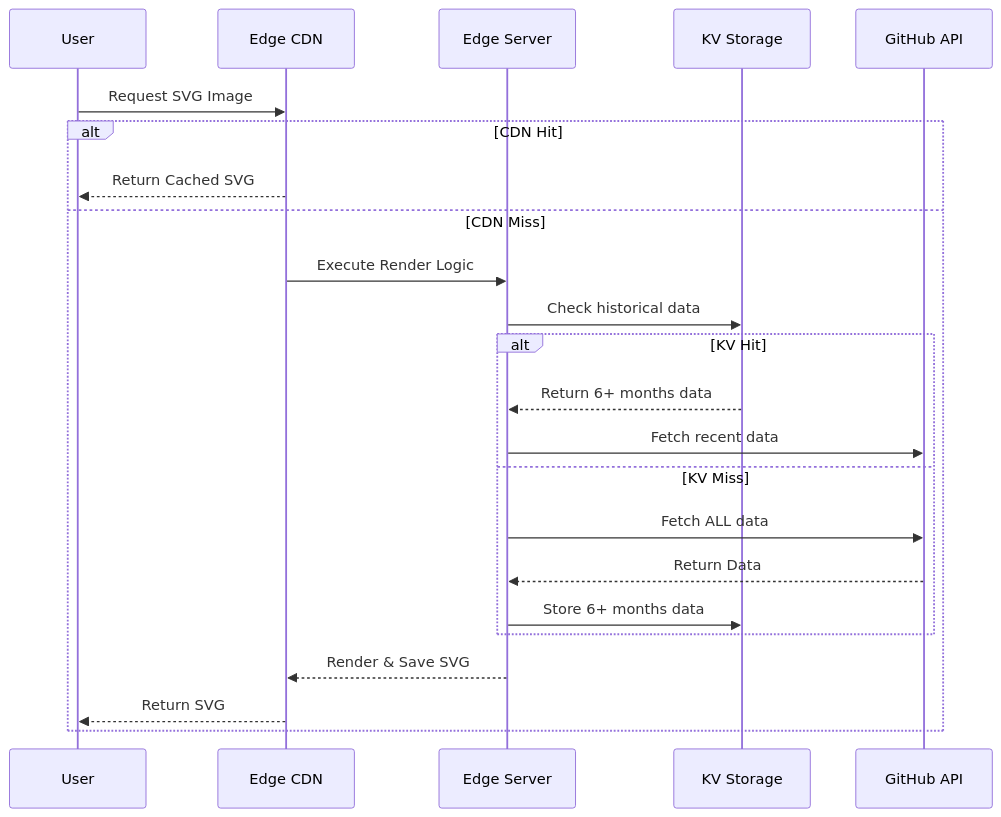
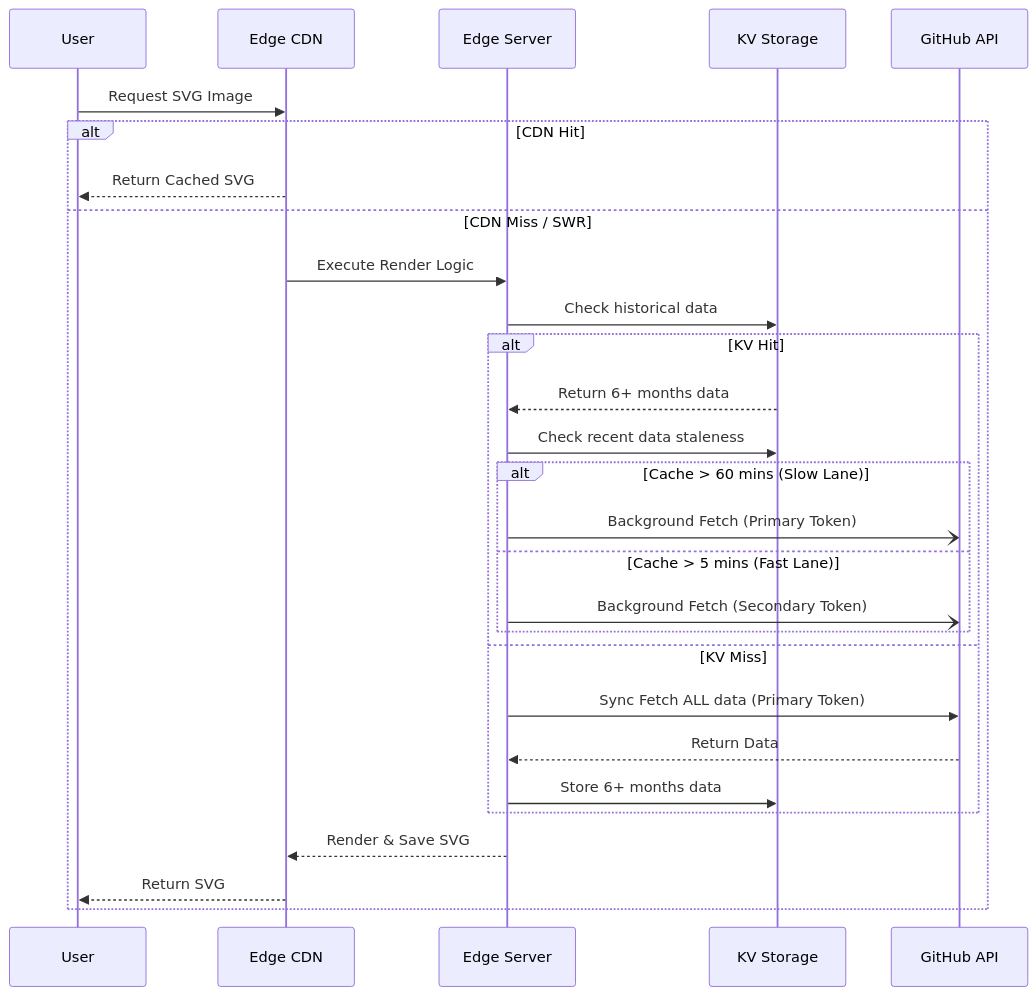
Before and after one commit to rahuldhole/rahuldhole: the diagram in content/blog/journey-github-streak-caching.md, drawn with Mermaid. The commit also changed other lines of this file, not shown here.

Commit message:
update blog gh streak journey

````diff
--- a/content/blog/journey-github-streak-caching.md
+++ b/content/blog/journey-github-streak-caching.md
@@ -25,26 +25,31 @@
 ```mermaid
 sequenceDiagram
     participant User
     participant CDN as Edge CDN
     participant Edge as Edge Server
     participant KV as KV Storage
     participant GitHub as GitHub API
 
     User->>CDN: Request SVG Image
     alt CDN Hit
         CDN-->>User: Return Cached SVG
-    else CDN Miss
+    else CDN Miss / SWR
         CDN->>Edge: Execute Render Logic
         Edge->>KV: Check historical data
         alt KV Hit
             KV-->>Edge: Return 6+ months data
-            Edge->>GitHub: Fetch recent data
+            Edge->>KV: Check recent data staleness
+            alt Cache > 60 mins (Slow Lane)
+                Edge-)GitHub: Background Fetch (Primary Token)
+            else Cache > 5 mins (Fast Lane)
+                Edge-)GitHub: Background Fetch (Secondary Token)
+            end
         else KV Miss
-            Edge->>GitHub: Fetch ALL data
+            Edge->>GitHub: Sync Fetch ALL data (Primary Token)
             GitHub-->>Edge: Return Data
             Edge->>KV: Store 6+ months data
         end
         Edge-->>CDN: Render & Save SVG
         CDN-->>User: Return SVG
     end
 ```
````
